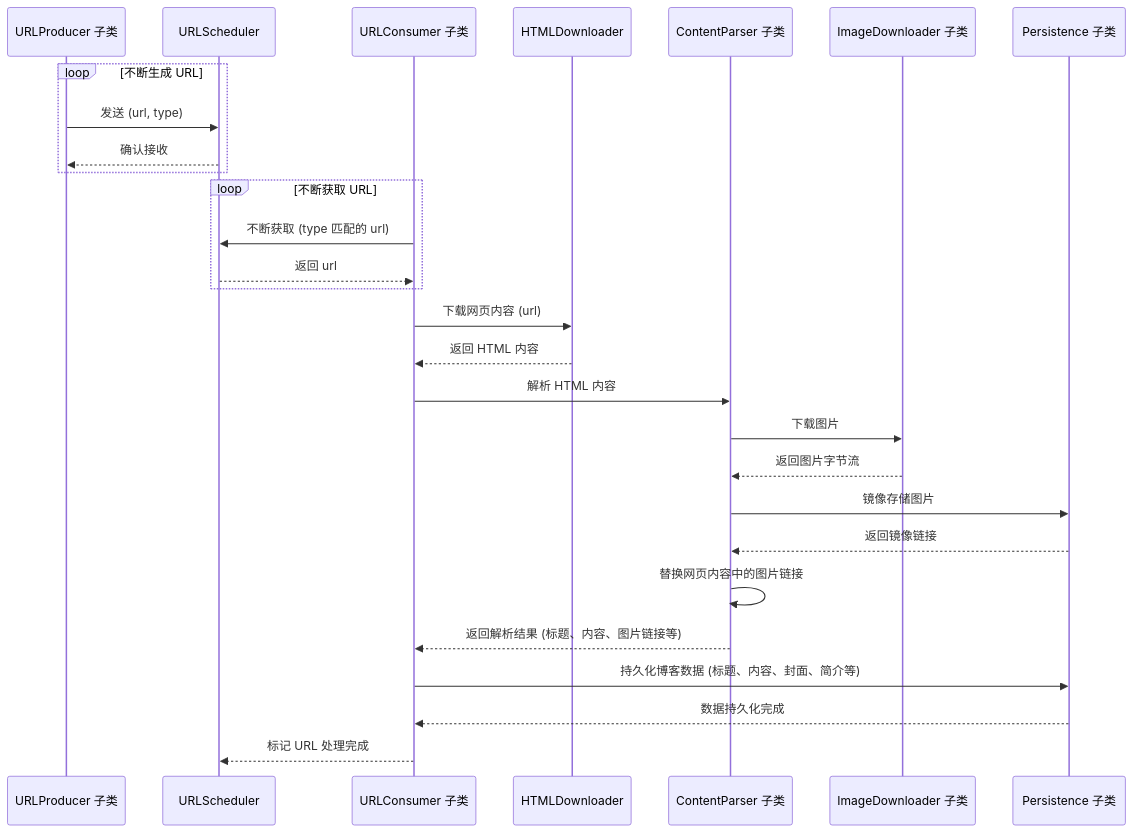
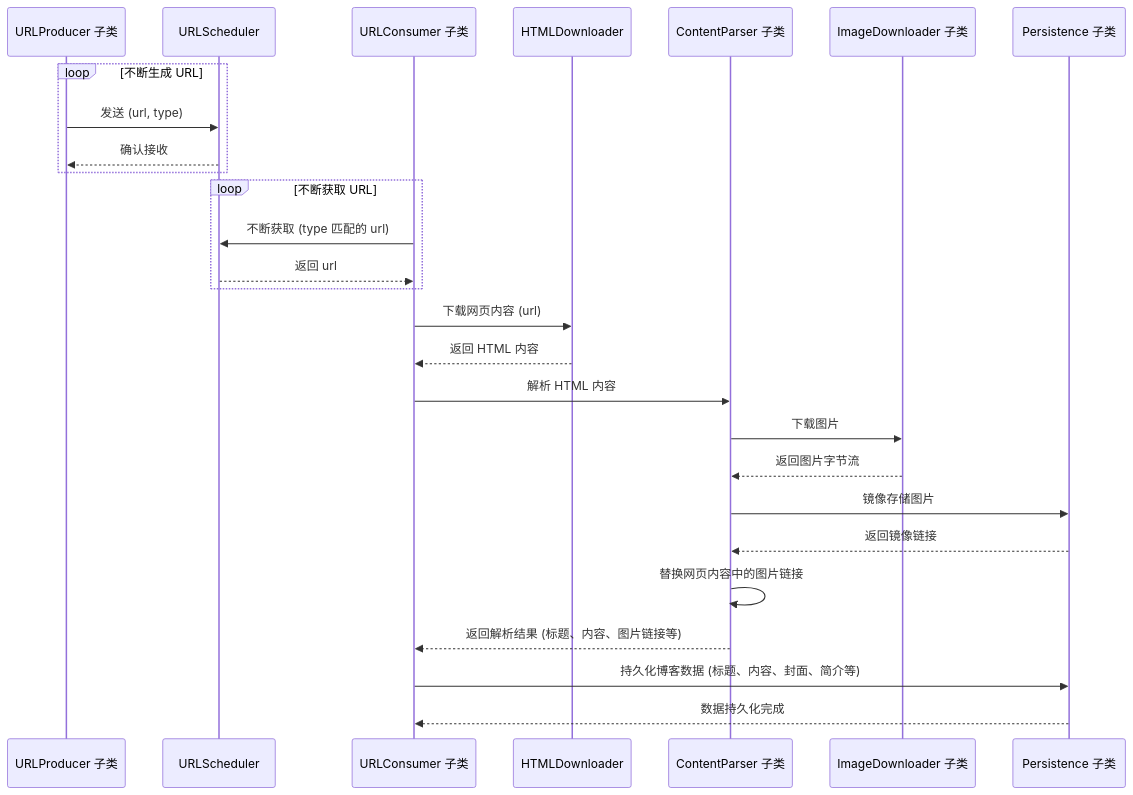
The second of 2 diagrams in README.md (jiang-taibai/blog-crawler), drawn with Mermaid before and after one commit. The commit also changed other lines of this file and 1 other file, not shown here.

````diff
--- a/README.md
+++ b/README.md
@@ -18,33 +58,32 @@
 ```mermaid
 sequenceDiagram
     participant URLProducer as URLProducer 子类
     participant URLScheduler as URLScheduler
     participant URLConsumer as URLConsumer 子类
     participant HTMLDownloader as HTMLDownloader
     participant ContentParser as ContentParser 子类
     participant ImageDownloader as ImageDownloader 子类
     participant Persistence as Persistence 子类
 
     loop 不断生成 URL
         URLProducer ->> URLScheduler: 发送 (url, type)
         URLScheduler -->> URLProducer: 确认接收
     end
 
     loop 不断获取 URL
         URLConsumer ->> URLScheduler: 不断获取 (type 匹配的 url)
         URLScheduler -->> URLConsumer: 返回 url
     end
 
     URLConsumer ->> HTMLDownloader: 下载网页内容 (url)
     HTMLDownloader -->> URLConsumer: 返回 HTML 内容
     URLConsumer ->> ContentParser: 解析 HTML 内容
     ContentParser ->> ImageDownloader: 下载图片
     ImageDownloader -->> ContentParser: 返回图片字节流
     ContentParser ->> Persistence: 镜像存储图片
     Persistence -->> ContentParser: 返回镜像链接
     ContentParser ->> ContentParser: 替换网页内容中的图片链接
     ContentParser -->> URLConsumer: 返回解析结果 (标题、内容、图片链接等)
     URLConsumer ->> Persistence: 持久化博客数据 (标题、内容、封面、简介等)
     Persistence -->> URLConsumer: 数据持久化完成
-    URLConsumer -->> URLScheduler: 标记 URL 处理完成
 ```
````
